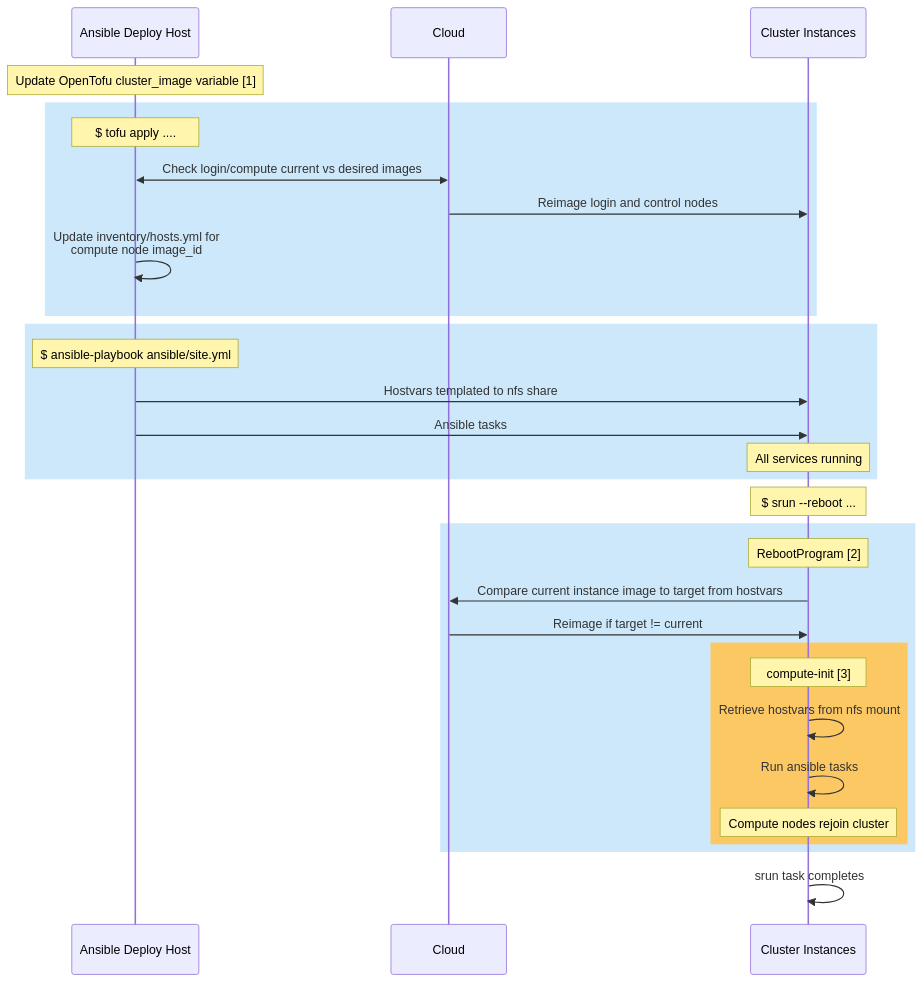
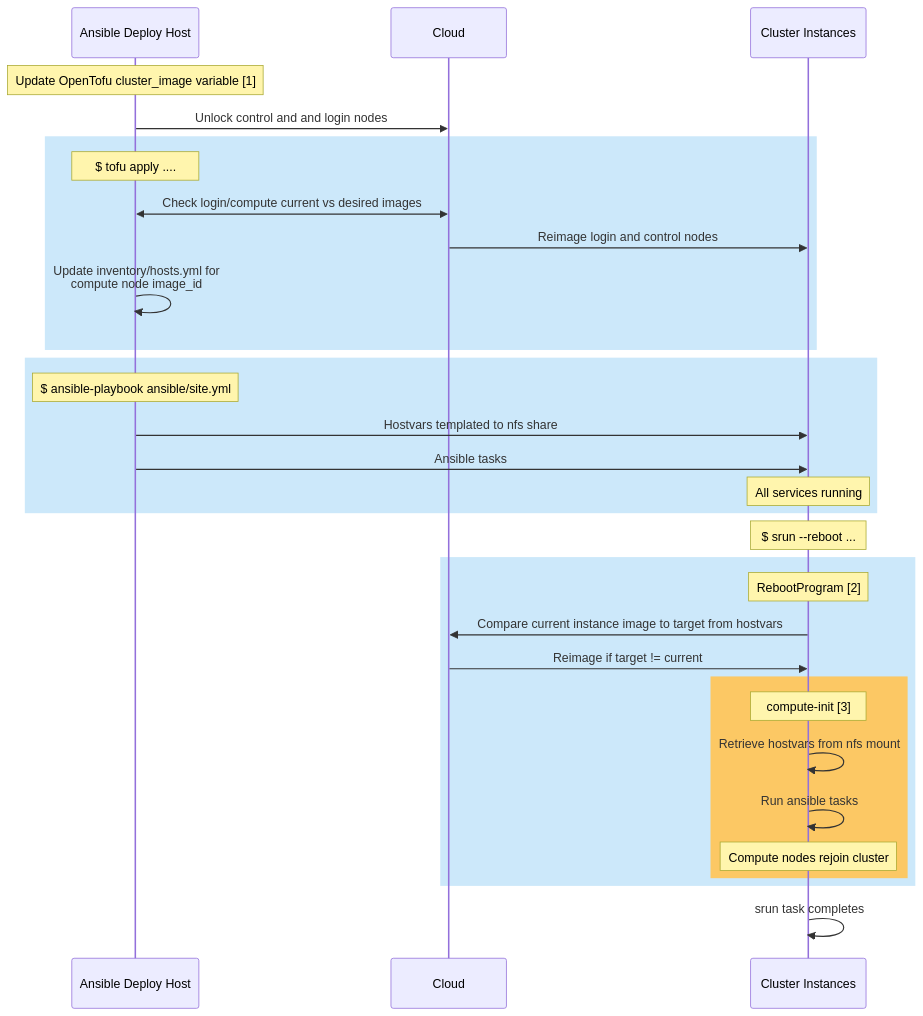
Before and after one commit to stackhpc/ansible-slurm-appliance: the third of 3 diagrams in docs/sequence.md, drawn with Mermaid. The commit also changed 3 other files, not shown here.

````diff
--- a/docs/sequence.md
+++ b/docs/sequence.md
@@ -97,32 +97,33 @@
 ```mermaid
 sequenceDiagram
     participant ansible as Ansible Deploy Host
     participant cloud as Cloud
     participant nodes as Cluster Instances
     note over ansible: Update OpenTofu cluster_image variable [1]
+    ansible->>cloud: Unlock control and and login nodes
     rect rgb(204, 232, 250)
     note over ansible: $ tofu apply ....
     ansible<<->>cloud: Check login/compute current vs desired images
     cloud->>nodes: Reimage login and control nodes
     ansible->>ansible: Update inventory/hosts.yml for<br>compute node image_id
     end
     rect rgb(204, 232, 250)
     note over ansible: $ ansible-playbook ansible/site.yml
     ansible->>nodes: Hostvars templated to nfs share
     ansible->>nodes: Ansible tasks
     note over nodes:All services running
     end
     note over nodes: $ srun --reboot ...
     rect rgb(204, 232, 250)
     note over nodes: RebootProgram [2]
     nodes->>cloud: Compare current instance image to target from hostvars
     cloud->>nodes: Reimage if target != current
     rect rgb(252, 200, 100)
     note over nodes: compute-init [3]
     nodes->>nodes: Retrieve hostvars from nfs mount
     nodes->>nodes: Run ansible tasks
     note over nodes: Compute nodes rejoin cluster
     end
     end
     nodes->>nodes: srun task completes
 ```
````
